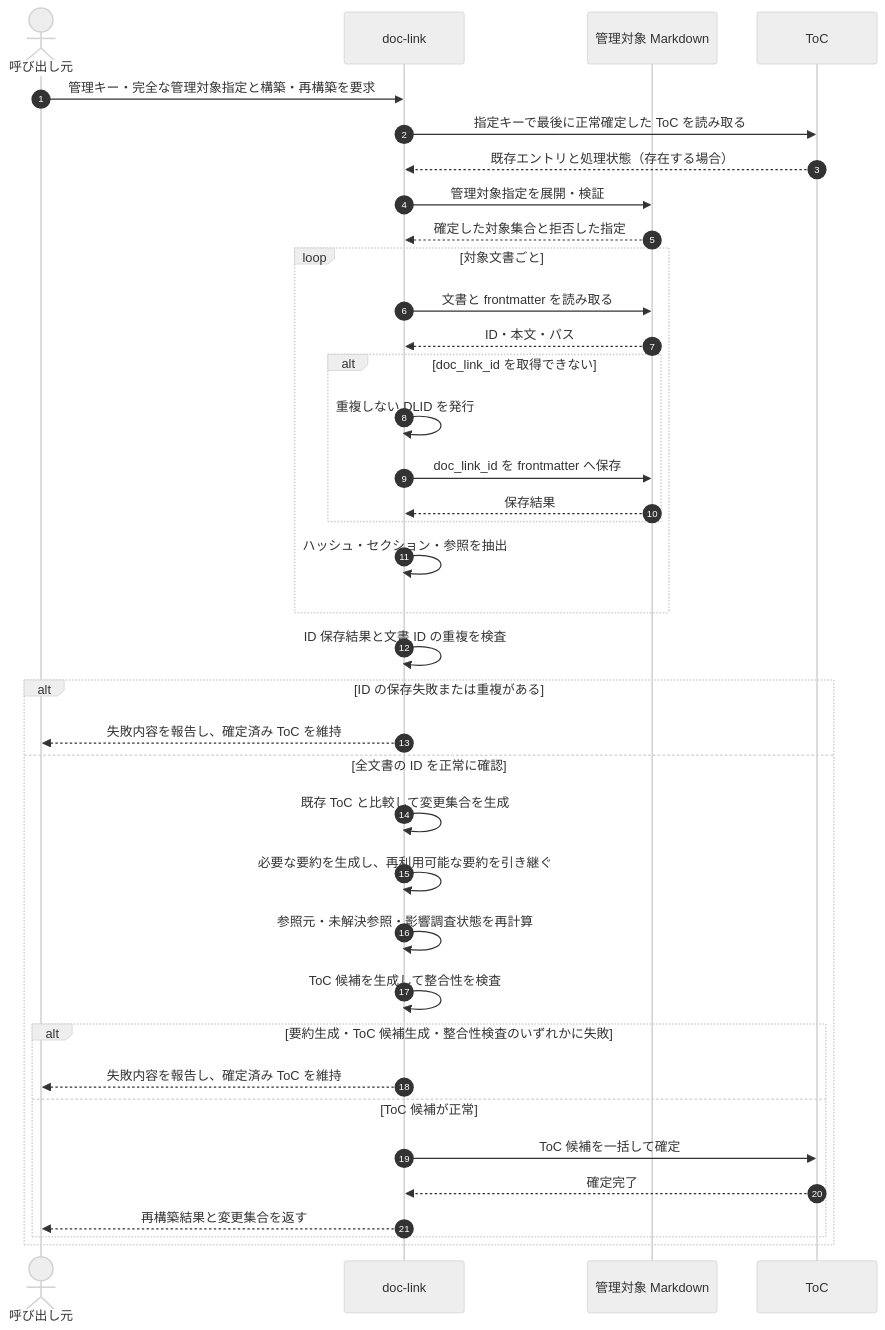
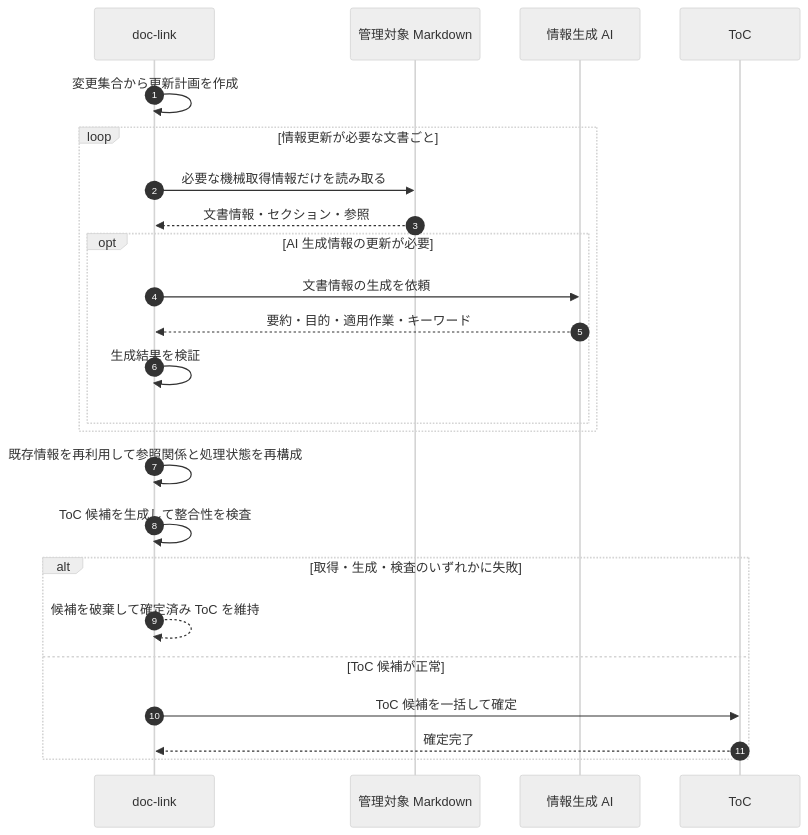
The fifth of 5 diagrams in doc/spec/requirement/doc_link_requirements.md (BlueEventHorizon/doc-link), drawn with Mermaid (neutral theme) before and after one commit. The commit also changed other lines of this file, not shown here.

````diff
--- a/doc/spec/requirement/doc_link_requirements.md
+++ b/doc/spec/requirement/doc_link_requirements.md
@@ -597,44 +631,27 @@
 ```mermaid
 sequenceDiagram
     autonumber
-    actor Caller as 呼び出し元
     participant DocLink as doc-link
     participant Docs as 管理対象 Markdown
+    participant AI as 情報生成 AI
     participant ToC as ToC
 
-    Caller->>DocLink: 管理キー・完全な管理対象指定と構築・再構築を要求
-    DocLink->>ToC: 指定キーで最後に正常確定した ToC を読み取る
-    ToC-->>DocLink: 既存エントリと処理状態（存在する場合）
-    DocLink->>Docs: 管理対象指定を展開・検証
-    Docs-->>DocLink: 確定した対象集合と拒否した指定
-
-    loop 対象文書ごと
-        DocLink->>Docs: 文書と frontmatter を読み取る
-        Docs-->>DocLink: ID・本文・パス
-        alt doc_link_id を取得できない
-            DocLink->>DocLink: 重複しない DLID を発行
-            DocLink->>Docs: doc_link_id を frontmatter へ保存
-            Docs-->>DocLink: 保存結果
-        end
-        DocLink->>DocLink: ハッシュ・セクション・参照を抽出
-    end
-
-    DocLink->>DocLink: ID 保存結果と文書 ID の重複を検査
-
-    alt ID の保存失敗または重複がある
-        DocLink-->>Caller: 失敗内容を報告し、確定済み ToC を維持
-    else 全文書の ID を正常に確認
-        DocLink->>DocLink: 既存 ToC と比較して変更集合を生成
-        DocLink->>DocLink: 必要な要約を生成し、再利用可能な要約を引き継ぐ
-        DocLink->>DocLink: 参照元・未解決参照・影響調査状態を再計算
-        DocLink->>DocLink: ToC 候補を生成して整合性を検査
-
-        alt 要約生成・ToC 候補生成・整合性検査のいずれかに失敗
-            DocLink-->>Caller: 失敗内容を報告し、確定済み ToC を維持
-        else ToC 候補が正常
-            DocLink->>ToC: ToC 候補を一括して確定
-            ToC-->>DocLink: 確定完了
-            DocLink-->>Caller: 再構築結果と変更集合を返す
+    DocLink->>DocLink: 変更集合から更新計画を作成
+    loop 情報更新が必要な文書ごと
+        DocLink->>Docs: 必要な機械取得情報だけを読み取る
+        Docs-->>DocLink: 文書情報・セクション・参照
+        opt AI 生成情報の更新が必要
+            DocLink->>AI: 文書情報の生成を依頼
+            AI-->>DocLink: 要約・目的・適用作業・キーワード
+            DocLink->>DocLink: 生成結果を検証
         end
     end
+    DocLink->>DocLink: 既存情報を再利用して参照関係と処理状態を再構成
+    DocLink->>DocLink: ToC 候補を生成して整合性を検査
+    alt 取得・生成・検査のいずれかに失敗
+        DocLink-->>DocLink: 候補を破棄して確定済み ToC を維持
+    else ToC 候補が正常
+        DocLink->>ToC: ToC 候補を一括して確定
+        ToC-->>DocLink: 確定完了
+    end
 ```
````
